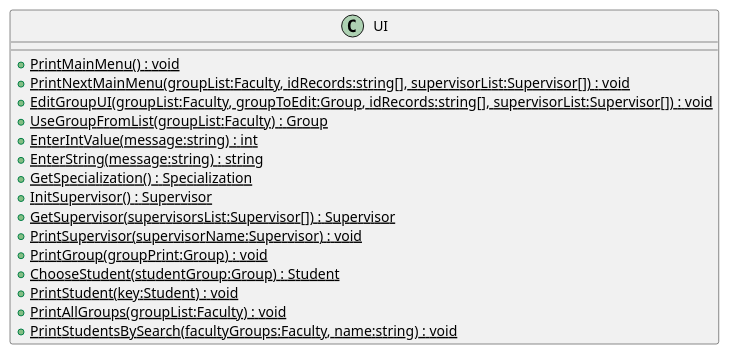
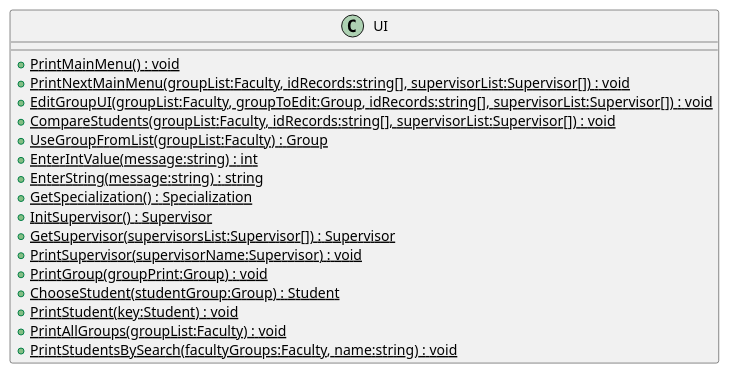
Before and after one commit to 19vano97/levelUpOOP: the diagram in plantuml/StudentStructHW20/UI.puml, drawn with PlantUML. The commit also changed 40 other files, not shown here.

```diff
--- a/plantuml/StudentStructHW20/UI.puml
+++ b/plantuml/StudentStructHW20/UI.puml
@@ -1,19 +1,20 @@
 @startuml
 class UI {
     + {static} PrintMainMenu() : void
     + {static} PrintNextMainMenu(groupList:Faculty, idRecords:string[], supervisorList:Supervisor[]) : void
     + {static} EditGroupUI(groupList:Faculty, groupToEdit:Group, idRecords:string[], supervisorList:Supervisor[]) : void
+    + {static} CompareStudents(groupList:Faculty, idRecords:string[], supervisorList:Supervisor[]) : void
     + {static} UseGroupFromList(groupList:Faculty) : Group
     + {static} EnterIntValue(message:string) : int
     + {static} EnterString(message:string) : string
     + {static} GetSpecialization() : Specialization
     + {static} InitSupervisor() : Supervisor
     + {static} GetSupervisor(supervisorsList:Supervisor[]) : Supervisor
     + {static} PrintSupervisor(supervisorName:Supervisor) : void
     + {static} PrintGroup(groupPrint:Group) : void
     + {static} ChooseStudent(studentGroup:Group) : Student
     + {static} PrintStudent(key:Student) : void
     + {static} PrintAllGroups(groupList:Faculty) : void
     + {static} PrintStudentsBySearch(facultyGroups:Faculty, name:string) : void
 }
 @enduml
```
